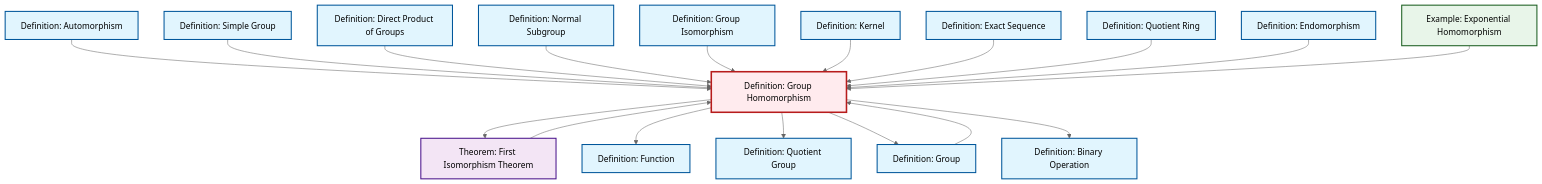
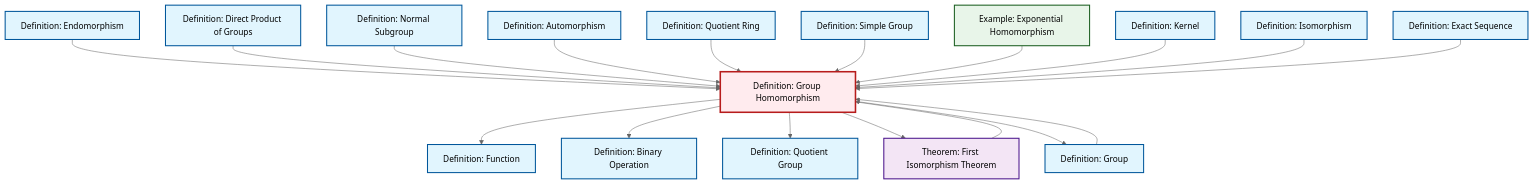
Before and after one commit to RK0429/ModernMath: the diagram in content/en/algebra/def-homomorphism.qmd, drawn with Mermaid (neutral theme). The commit also changed 1069 other files, not shown here.

````diff
--- a/content/en/algebra/def-homomorphism.qmd
+++ b/content/en/algebra/def-homomorphism.qmd
@@ -62,58 +62,58 @@
 ```{mermaid}
 %%| fig-cap: "Local dependency graph"
 graph TD
     classDef definition fill:#e1f5fe,stroke:#01579b,stroke-width:2px
     classDef theorem fill:#f3e5f5,stroke:#4a148c,stroke-width:2px
     classDef axiom fill:#fff3e0,stroke:#e65100,stroke-width:2px
     classDef example fill:#e8f5e9,stroke:#1b5e20,stroke-width:2px
     classDef current fill:#ffebee,stroke:#b71c1c,stroke-width:3px
-    def-simple-group["Definition: Simple Group"]:::definition
+    ex-exponential-homomorphism["Example: Exponential Homomorphism"]:::example
+    def-automorphism["Definition: Automorphism"]:::definition
+    def-function["Definition: Function"]:::definition
+    def-endomorphism["Definition: Endomorphism"]:::definition
+    def-normal-subgroup["Definition: Normal Subgroup"]:::definition
+    def-binary-operation["Definition: Binary Operation"]:::definition
+    def-isomorphism["Definition: Isomorphism"]:::definition
     def-quotient-ring["Definition: Quotient Ring"]:::definition
-    def-isomorphism["Definition: Group Isomorphism"]:::definition
     def-exact-sequence["Definition: Exact Sequence"]:::definition
-    def-group["Definition: Group"]:::definition
+    def-direct-product["Definition: Direct Product of Groups"]:::definition
     thm-first-isomorphism["Theorem: First Isomorphism Theorem"]:::theorem
     def-quotient-group["Definition: Quotient Group"]:::definition
-    ex-exponential-homomorphism["Example: Exponential Homomorphism"]:::example
+    def-homomorphism["Definition: Group Homomorphism"]:::definition
+    def-simple-group["Definition: Simple Group"]:::definition
     def-kernel["Definition: Kernel"]:::definition
-    def-binary-operation["Definition: Binary Operation"]:::definition
-    def-function["Definition: Function"]:::definition
-    def-direct-product["Definition: Direct Product of Groups"]:::definition
-    def-homomorphism["Definition: Group Homomorphism"]:::definition
-    def-normal-subgroup["Definition: Normal Subgroup"]:::definition
-    def-endomorphism["Definition: Endomorphism"]:::definition
-    def-automorphism["Definition: Automorphism"]:::definition
-    def-group --> def-homomorphism
-    def-automorphism --> def-homomorphism
-    def-simple-group --> def-homomorphism
+    def-group["Definition: Group"]:::definition
+    def-endomorphism --> def-homomorphism
     def-direct-product --> def-homomorphism
     def-normal-subgroup --> def-homomorphism
+    def-homomorphism --> def-function
+    thm-first-isomorphism --> def-homomorphism
+    def-automorphism --> def-homomorphism
+    def-quotient-ring --> def-homomorphism
+    def-simple-group --> def-homomorphism
+    def-homomorphism --> def-binary-operation
+    def-homomorphism --> def-quotient-group
     def-homomorphism --> thm-first-isomorphism
+    ex-exponential-homomorphism --> def-homomorphism
+    def-kernel --> def-homomorphism
+    def-group --> def-homomorphism
     def-isomorphism --> def-homomorphism
-    def-kernel --> def-homomorphism
-    def-homomorphism --> def-function
-    def-homomorphism --> def-quotient-group
-    thm-first-isomorphism --> def-homomorphism
     def-homomorphism --> def-group
     def-exact-sequence --> def-homomorphism
-    def-homomorphism --> def-binary-operation
-    def-quotient-ring --> def-homomorphism
-    def-endomorphism --> def-homomorphism
-    ex-exponential-homomorphism --> def-homomorphism
     class def-homomorphism current
-    click def-simple-group "def-simple-group.html" "Go to Simple Group definition"
+    click ex-exponential-homomorphism "ex-exponential-homomorphism.html" "Go to Exponential Homomorphism example"
+    click def-automorphism "def-automorphism.html" "Go to Automorphism definition"
+    click def-function "def-function.html" "Go to Function definition"
+    click def-endomorphism "def-endomorphism.html" "Go to Endomorphism definition"
+    click def-normal-subgroup "def-normal-subgroup.html" "Go to Normal Subgroup definition"
+    click def-binary-operation "def-binary-operation.html" "Go to Binary Operation definition"
+    click def-isomorphism "def-isomorphism.html" "Go to Isomorphism definition"
     click def-quotient-ring "def-quotient-ring.html" "Go to Quotient Ring definition"
-    click def-isomorphism "def-isomorphism.html" "Go to Group Isomorphism definition"
     click def-exact-sequence "def-exact-sequence.html" "Go to Exact Sequence definition"
-    click def-group "def-group.html" "Go to Group definition"
+    click def-direct-product "def-direct-product.html" "Go to Direct Product of Groups definition"
     click thm-first-isomorphism "thm-first-isomorphism.html" "Go to First Isomorphism Theorem theorem"
     click def-quotient-group "def-quotient-group.html" "Go to Quotient Group definition"
-    click ex-exponential-homomorphism "ex-exponential-homomorphism.html" "Go to Exponential Homomorphism example"
+    click def-simple-group "def-simple-group.html" "Go to Simple Group definition"
     click def-kernel "def-kernel.html" "Go to Kernel definition"
-    click def-binary-operation "def-binary-operation.html" "Go to Binary Operation definition"
-    click def-function "def-function.html" "Go to Function definition"
-    click def-direct-product "def-direct-product.html" "Go to Direct Product of Groups definition"
-    click def-normal-subgroup "def-normal-subgroup.html" "Go to Normal Subgroup definition"
-    click def-endomorphism "def-endomorphism.html" "Go to Endomorphism definition"
-    click def-automorphism "def-automorphism.html" "Go to Automorphism definition"
+    click def-group "def-group.html" "Go to Group definition"
 ```
````
